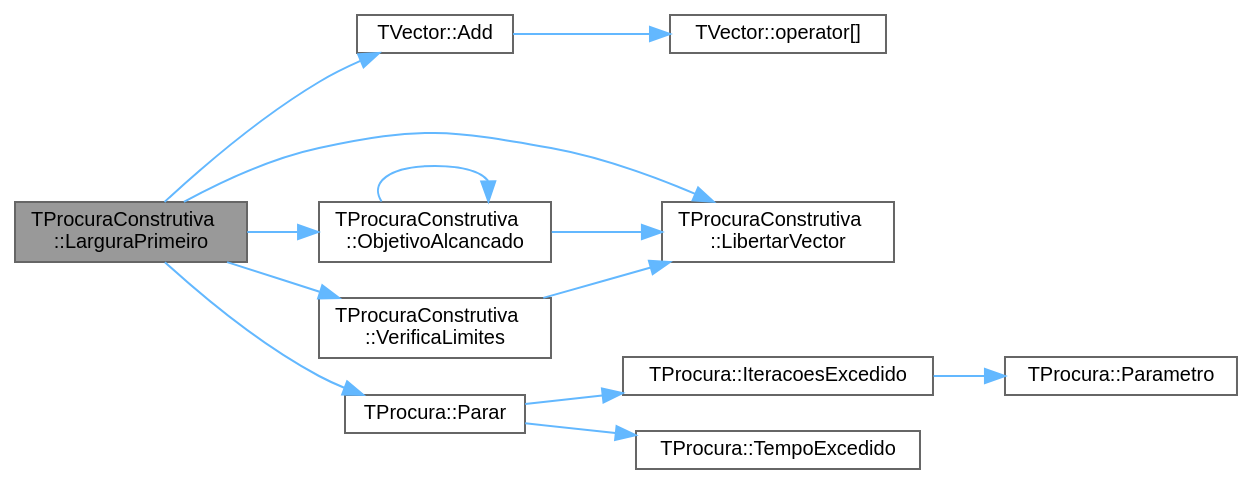
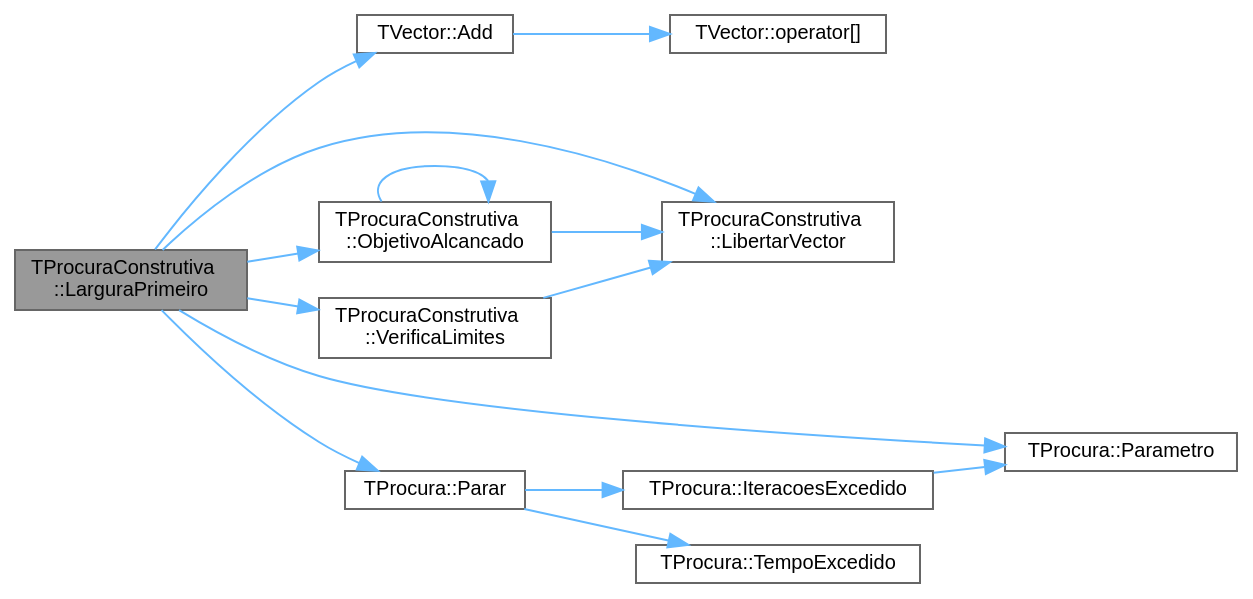
Before and after one commit to jcoelho72/TProcura: the diagram in group__ProcurasCegas_gafe656922894d8a27b4cfb70128793af0_cgraph.dot, drawn with Graphviz. The commit also changed 84 other files, not shown here.

```diff
--- a/group__ProcurasCegas_gafe656922894d8a27b4cfb70128793af0_cgraph.dot
+++ b/group__ProcurasCegas_gafe656922894d8a27b4cfb70128793af0_cgraph.dot
@@ -1,30 +1,31 @@
 digraph "TProcuraConstrutiva::LarguraPrimeiro"
 {
  // LATEX_PDF_SIZE
   bgcolor="transparent";
   edge [fontname=Helvetica,fontsize=10,labelfontname=Helvetica,labelfontsize=10];
   node [fontname=Helvetica,fontsize=10,shape=box,height=0.2,width=0.4];
   rankdir="LR";
   Node1 [id="Node000001",label="TProcuraConstrutiva\l::LarguraPrimeiro",height=0.2,width=0.4,color="gray40", fillcolor="grey60", style="filled", fontcolor="black",tooltip="Executa a procura em largura primeiro, algoritmo cego."];
-  Node1 -> Node2 [id="edge13_Node000001_Node000002",color="steelblue1",style="solid",tooltip=" "];
+  Node1 -> Node2 [id="edge14_Node000001_Node000002",color="steelblue1",style="solid",tooltip=" "];
   Node2 [id="Node000002",label="TVector::Add",height=0.2,width=0.4,color="grey40", fillcolor="white", style="filled",URL="$classTVector.html#aa28afdd47b27c5e004fc75b86d6f66a6",tooltip=" "];
-  Node2 -> Node3 [id="edge14_Node000002_Node000003",color="steelblue1",style="solid",tooltip=" "];
+  Node2 -> Node3 [id="edge15_Node000002_Node000003",color="steelblue1",style="solid",tooltip=" "];
   Node3 [id="Node000003",label="TVector::operator[]",height=0.2,width=0.4,color="grey40", fillcolor="white", style="filled",URL="$classTVector.html#a372a42fd7c4a94fee43db36d6a339b33",tooltip="Acesso por índice com auto-expansão."];
-  Node1 -> Node4 [id="edge15_Node000001_Node000004",color="steelblue1",style="solid",tooltip=" "];
+  Node1 -> Node4 [id="edge16_Node000001_Node000004",color="steelblue1",style="solid",tooltip=" "];
   Node4 [id="Node000004",label="TProcuraConstrutiva\l::LibertarVector",height=0.2,width=0.4,color="grey40", fillcolor="white", style="filled",URL="$classTProcuraConstrutiva.html#a976f17b2b53ce9ffc7d1795d291262df",tooltip=" "];
-  Node1 -> Node5 [id="edge16_Node000001_Node000005",color="steelblue1",style="solid",tooltip=" "];
+  Node1 -> Node5 [id="edge17_Node000001_Node000005",color="steelblue1",style="solid",tooltip=" "];
   Node5 [id="Node000005",label="TProcuraConstrutiva\l::ObjetivoAlcancado",height=0.2,width=0.4,color="grey40", fillcolor="white", style="filled",URL="$classTProcuraConstrutiva.html#a8e7879e0ac12522e0eedf3d3d365e51c",tooltip=" "];
-  Node5 -> Node4 [id="edge17_Node000005_Node000004",color="steelblue1",style="solid",tooltip=" "];
-  Node5 -> Node5 [id="edge18_Node000005_Node000005",color="steelblue1",style="solid",tooltip=" "];
-  Node1 -> Node6 [id="edge19_Node000001_Node000006",color="steelblue1",style="solid",tooltip=" "];
-  Node6 [id="Node000006",label="TProcura::Parar",height=0.2,width=0.4,color="grey40", fillcolor="white", style="filled",URL="$classTProcura.html#a7952e187e1b0ae0ca52edab157223179",tooltip="Verifica se a procura deve ser interrompida."];
-  Node6 -> Node7 [id="edge20_Node000006_Node000007",color="steelblue1",style="solid",tooltip=" "];
-  Node7 [id="Node000007",label="TProcura::IteracoesExcedido",height=0.2,width=0.4,color="grey40", fillcolor="white", style="filled",URL="$classTProcura.html#a73463e33b889e6053ee32220e0514a2c",tooltip=" "];
-  Node7 -> Node8 [id="edge21_Node000007_Node000008",color="steelblue1",style="solid",tooltip=" "];
-  Node8 [id="Node000008",label="TProcura::Parametro",height=0.2,width=0.4,color="grey40", fillcolor="white", style="filled",URL="$classTProcura.html#aea8aa78e35d28d0beb438e24fc7ee086",tooltip=" "];
-  Node6 -> Node9 [id="edge22_Node000006_Node000009",color="steelblue1",style="solid",tooltip=" "];
+  Node5 -> Node4 [id="edge18_Node000005_Node000004",color="steelblue1",style="solid",tooltip=" "];
+  Node5 -> Node5 [id="edge19_Node000005_Node000005",color="steelblue1",style="solid",tooltip=" "];
+  Node1 -> Node6 [id="edge20_Node000001_Node000006",color="steelblue1",style="solid",tooltip=" "];
+  Node6 [id="Node000006",label="TProcura::Parametro",height=0.2,width=0.4,color="grey40", fillcolor="white", style="filled",URL="$classTProcura.html#aea8aa78e35d28d0beb438e24fc7ee086",tooltip=" "];
+  Node1 -> Node7 [id="edge21_Node000001_Node000007",color="steelblue1",style="solid",tooltip=" "];
+  Node7 [id="Node000007",label="TProcura::Parar",height=0.2,width=0.4,color="grey40", fillcolor="white", style="filled",URL="$classTProcura.html#a7952e187e1b0ae0ca52edab157223179",tooltip="Verifica se a procura deve ser interrompida."];
+  Node7 -> Node8 [id="edge22_Node000007_Node000008",color="steelblue1",style="solid",tooltip=" "];
+  Node8 [id="Node000008",label="TProcura::IteracoesExcedido",height=0.2,width=0.4,color="grey40", fillcolor="white", style="filled",URL="$classTProcura.html#a73463e33b889e6053ee32220e0514a2c",tooltip=" "];
+  Node8 -> Node6 [id="edge23_Node000008_Node000006",color="steelblue1",style="solid",tooltip=" "];
+  Node7 -> Node9 [id="edge24_Node000007_Node000009",color="steelblue1",style="solid",tooltip=" "];
   Node9 [id="Node000009",label="TProcura::TempoExcedido",height=0.2,width=0.4,color="grey40", fillcolor="white", style="filled",URL="$classTProcura.html#afa3015ac104b603930d3f60a34c09fff",tooltip=" "];
-  Node1 -> Node10 [id="edge23_Node000001_Node000010",color="steelblue1",style="solid",tooltip=" "];
+  Node1 -> Node10 [id="edge25_Node000001_Node000010",color="steelblue1",style="solid",tooltip=" "];
   Node10 [id="Node000010",label="TProcuraConstrutiva\l::VerificaLimites",height=0.2,width=0.4,color="grey40", fillcolor="white", style="filled",URL="$classTProcuraConstrutiva.html#aec0a667a7fda1ebe565ba13d6b02805a",tooltip=" "];
-  Node10 -> Node4 [id="edge24_Node000010_Node000004",color="steelblue1",style="solid",tooltip=" "];
+  Node10 -> Node4 [id="edge26_Node000010_Node000004",color="steelblue1",style="solid",tooltip=" "];
 }
```
